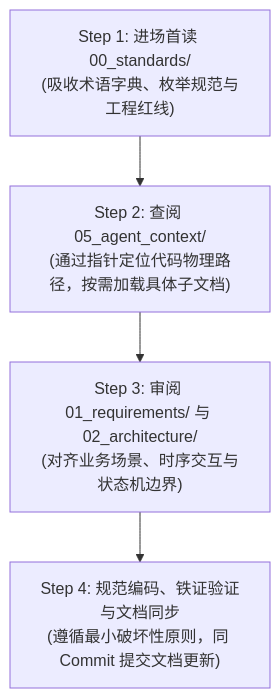
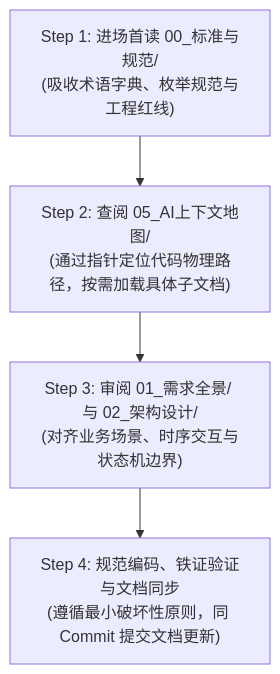
One commit to Garfield247/agent-skill-project-documentation changed the first of 3 diagrams in skills/project-documentation/SKILL.md. Above: the diagram before and after it, drawn with Mermaid. The commit also changed other lines of this file and 1 other file, not shown here.

````diff
--- a/skills/project-documentation/SKILL.md
+++ b/skills/project-documentation/SKILL.md
@@ -96,6 +102,6 @@
 ```mermaid
 flowchart TD
-    A["Step 1: 进场首读 00_standards/<br/>(吸收术语字典、枚举规范与工程红线)"] --> B["Step 2: 查阅 05_agent_context/<br/>(通过指针定位代码物理路径，按需加载具体子文档)"]
-    B --> C["Step 3: 审阅 01_requirements/ 与 02_architecture/<br/>(对齐业务场景、时序交互与状态机边界)"]
+    A["Step 1: 进场首读 00_标准与规范/<br/>(吸收术语字典、枚举规范与工程红线)"] --> B["Step 2: 查阅 05_AI上下文地图/<br/>(通过指针定位代码物理路径，按需加载具体子文档)"]
+    B --> C["Step 3: 审阅 01_需求全景/ 与 02_架构设计/<br/>(对齐业务场景、时序交互与状态机边界)"]
     C --> D["Step 4: 规范编码、铁证验证与文档同步<br/>(遵循最小破坏性原则，同 Commit 提交文档更新)"]
 ```
````
